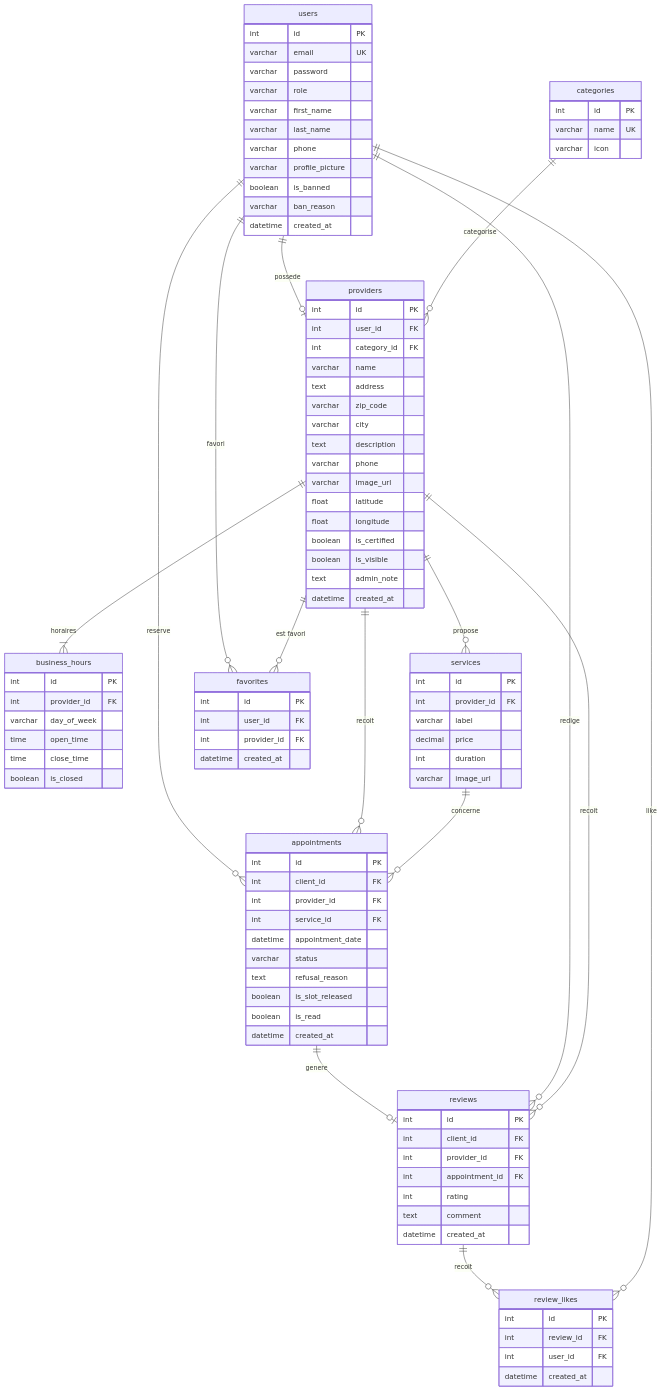
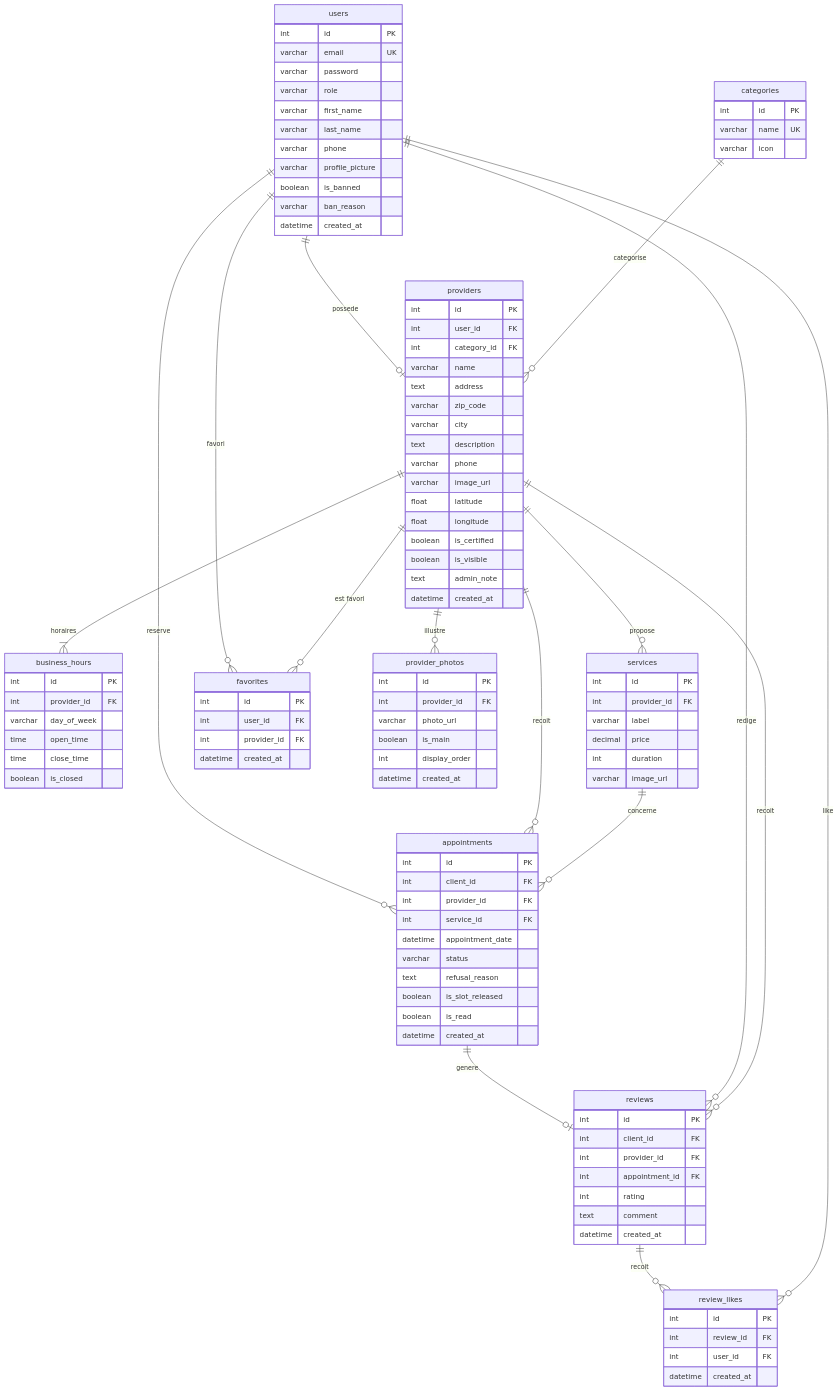
Before and after one commit to bsandoz79/O-RDV: the diagram in docs/MCD-MLD.md, drawn with Mermaid. The commit also changed other lines of this file and 5 other files, not shown here.

Commit message:
docs: 10 tables (provider_photos), application gratuite, mise à jour du dossier projet

````diff
--- a/docs/MCD-MLD.md
+++ b/docs/MCD-MLD.md
@@ -158,6 +162,15 @@
         datetime created_at
     }
 
+    provider_photos {
+        int      id            PK
+        int      provider_id   FK
+        varchar  photo_url
+        boolean  is_main
+        int      display_order
+        datetime created_at
+    }
+
     users        ||--o|  providers      : "possede"
     categories   ||--o{  providers      : "categorise"
     providers    ||--|{  business_hours : "horaires"
@@ -172,4 +185,5 @@
     users        ||--o{  review_likes   : "like"
     users        ||--o{  favorites      : "favori"
     providers    ||--o{  favorites      : "est favori"
+    providers    ||--o{  provider_photos : "illustre"
 ```
````
